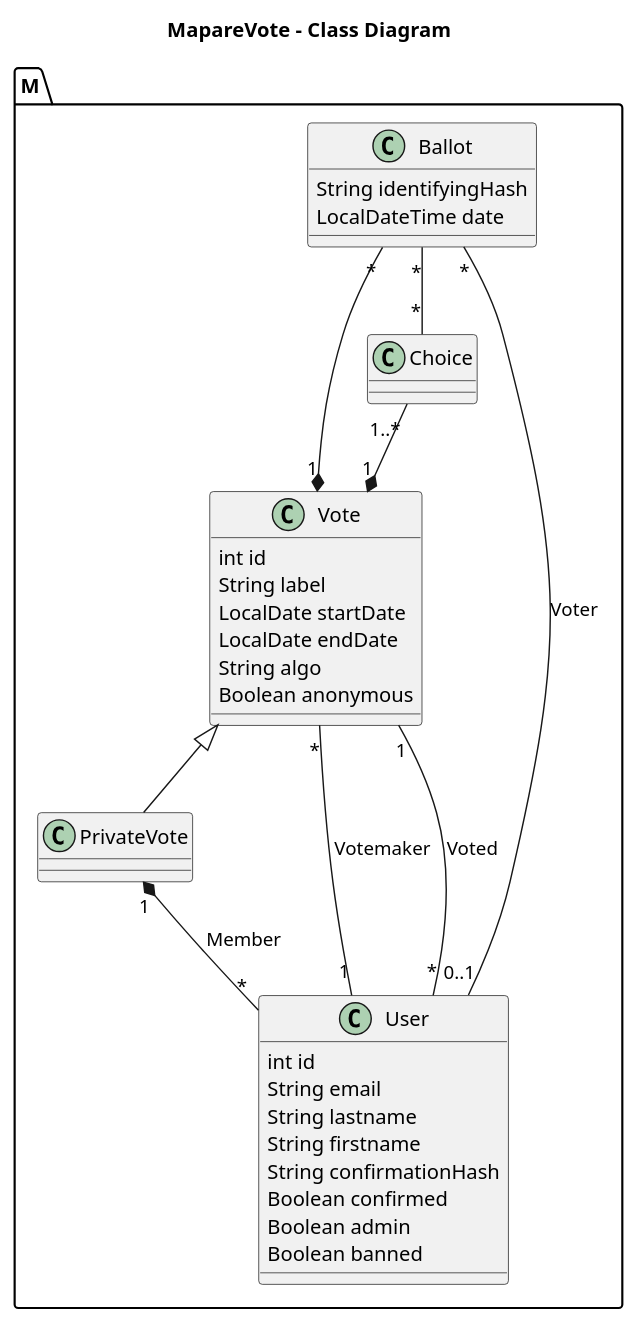
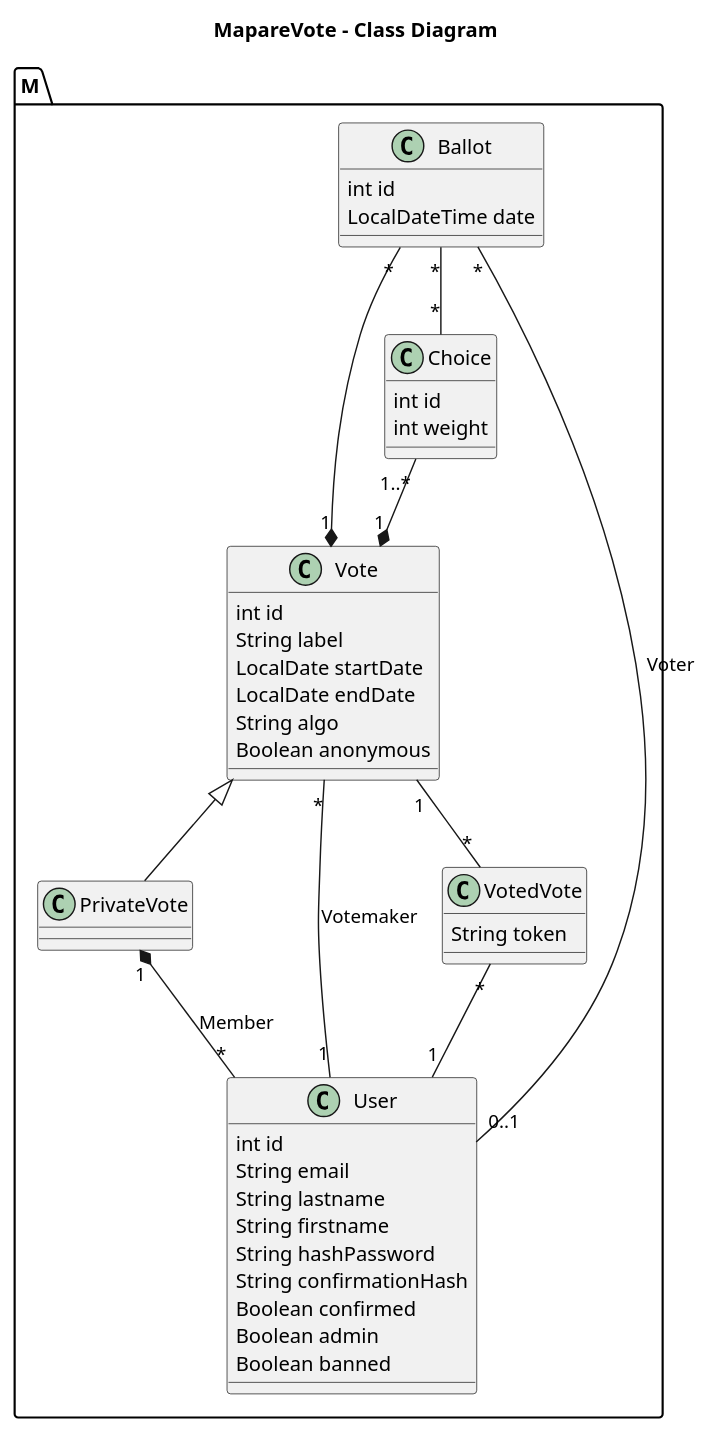
Before and after one commit to dptinfoutln/MapareVote: the diagram in UML/MapareVoteClass.iuml, drawn with PlantUML.

```diff
--- a/UML/MapareVoteClass.iuml
+++ b/UML/MapareVoteClass.iuml
@@ -1,46 +1,55 @@
 @startuml
 
 title MapareVote - Class Diagram
 
 package M {
     class Vote {
         int id
         String label
         LocalDate startDate
         LocalDate endDate
         String algo
         Boolean anonymous
     }
     
     class PrivateVote
     
-    class Choice
+    class Choice {
+        int id
+        int weight
+    }
     
     class Ballot {
-        String identifyingHash
+        int id
         LocalDateTime date
     }
     
     class User {
         int id
         String email
         String lastname
         String firstname
+        String hashPassword
         String confirmationHash
         Boolean confirmed
         Boolean admin
         Boolean banned
+    }
+    
+    class VotedVote {
+        String token
     }
 }
 
 
 Choice "1..*" --* "1" Vote
 Ballot "*" --* "1" Vote
 Ballot "*" -- "*" Choice
 Ballot "*" -- "0..1" User:Voter
 Vote "*" --- "1" User:Votemaker
 PrivateVote "1" *-- "*" User:Member
-Vote "1"-- "*" User:Voted
+Vote "1"-- "*" VotedVote
+VotedVote "*" -- "1" User
 Vote <|-- PrivateVote
 
 @enduml
```
